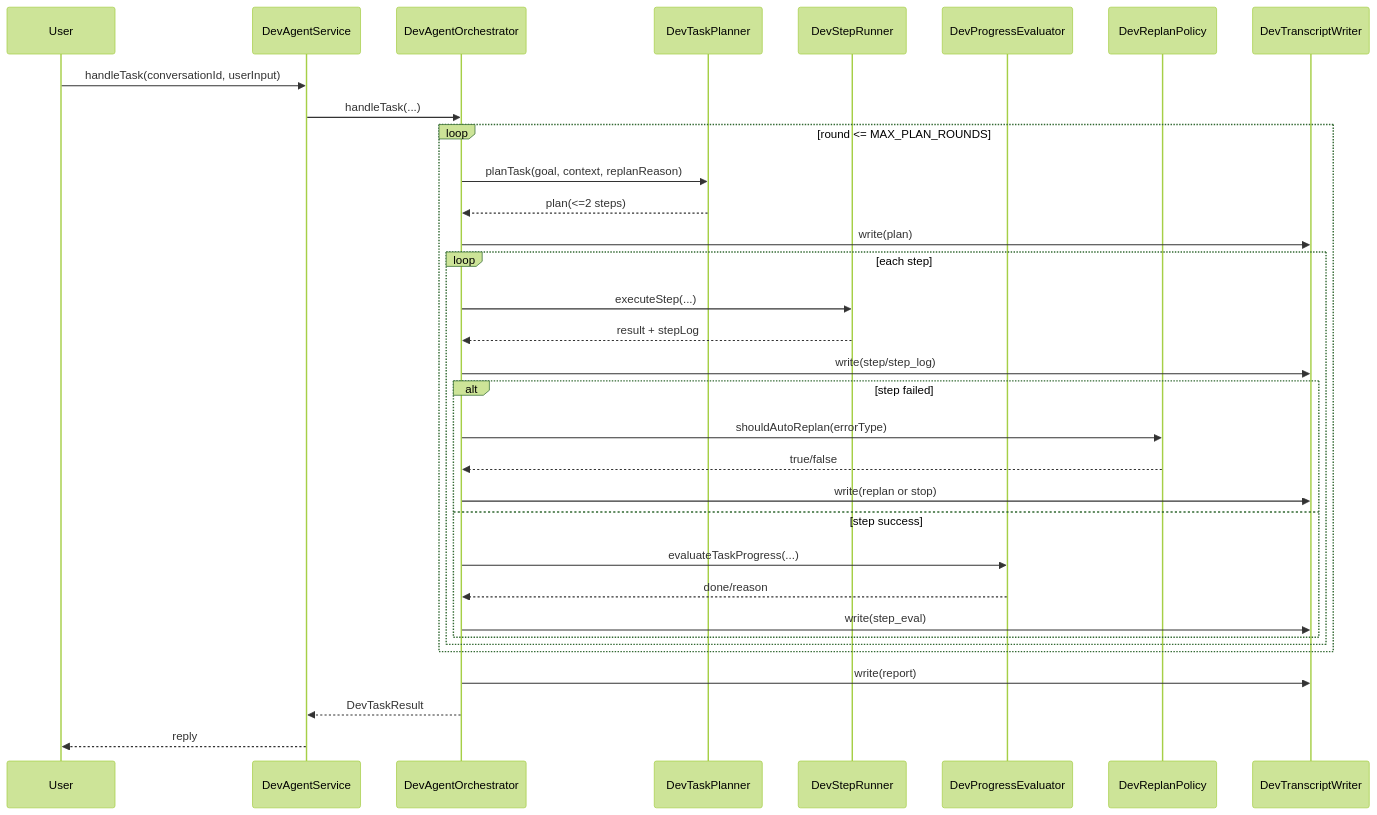
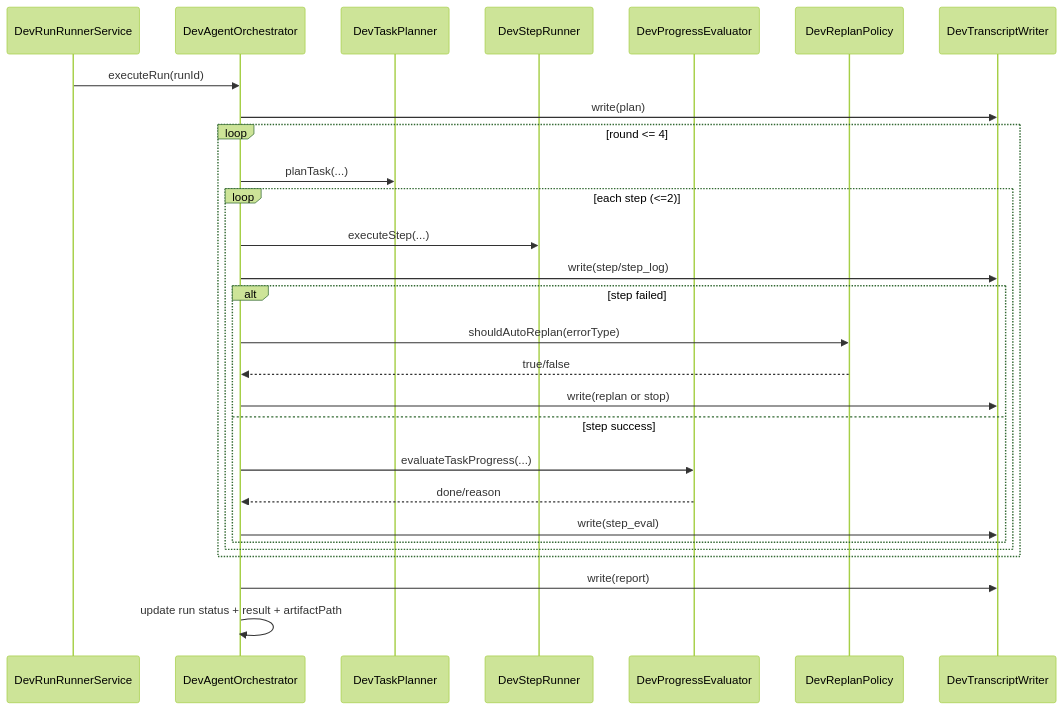
One commit to xuhailin/xiaoqing changed the third of 3 diagrams in docs/dev-agent-architecture.md. Above: the diagram before and after it, drawn with Mermaid (forest theme). The commit also changed other lines of this file and 26 other files, not shown here.

First line of the commit message:
refactor: 对话管线拆分与 DevAgent 枚举/队列基础设施

````diff
--- a/docs/dev-agent-architecture.md
+++ b/docs/dev-agent-architecture.md
@@ -177,36 +249,31 @@
 ```mermaid
 sequenceDiagram
-  participant U as User
-  participant S as DevAgentService
+  participant Q as DevRunRunnerService
   participant O as DevAgentOrchestrator
   participant P as DevTaskPlanner
   participant R as DevStepRunner
   participant E as DevProgressEvaluator
   participant RP as DevReplanPolicy
   participant T as DevTranscriptWriter
 
-  U->>S: handleTask(conversationId, userInput)
-  S->>O: handleTask(...)
-  loop round <= MAX_PLAN_ROUNDS
-    O->>P: planTask(goal, context, replanReason)
-    P-->>O: plan(<=2 steps)
-    O->>T: write(plan)
-    loop each step
+  Q->>O: executeRun(runId)
+  O->>T: write(plan)
+  loop round <= 4
+    O->>P: planTask(...)
+    loop each step (<=2)
       O->>R: executeStep(...)
-      R-->>O: result + stepLog
       O->>T: write(step/step_log)
       alt step failed
         O->>RP: shouldAutoReplan(errorType)
         RP-->>O: true/false
         O->>T: write(replan or stop)
       else step success
         O->>E: evaluateTaskProgress(...)
         E-->>O: done/reason
         O->>T: write(step_eval)
       end
     end
   end
   O->>T: write(report)
-  O-->>S: DevTaskResult
-  S-->>U: reply
+  O->>O: update run status + result + artifactPath
 ```
````
